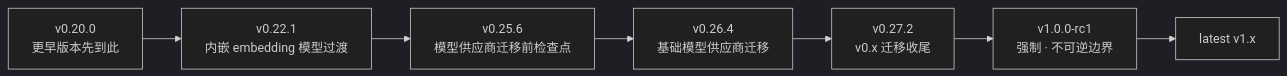
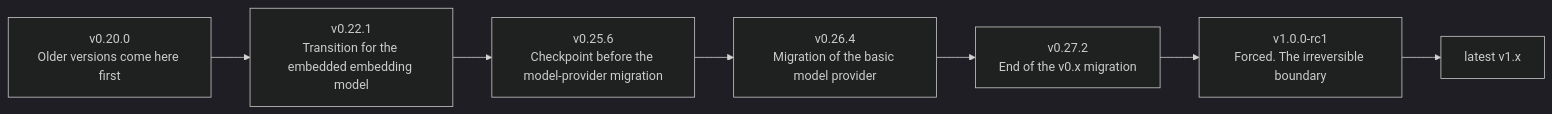
The second of 2 diagrams in books/ragflow/en/chapters/12-operations.md (ybak/ai-tutorial), drawn with Mermaid (dark theme) before and after one commit. The commit also changed other lines of this file and 16 other files, not shown here.

First line of the commit message:
docs(ragflow): 按审阅改英文图、注释和正文

````diff
--- a/books/ragflow/en/chapters/12-operations.md
+++ b/books/ragflow/en/chapters/12-operations.md
@@ -202,9 +202,9 @@
 ```mermaid
 flowchart LR
-    A["v0.20.0<br/>更早版本先到此"] --> B["v0.22.1<br/>内嵌 embedding 模型过渡"]
-    B --> C["v0.25.6<br/>模型供应商迁移前检查点"]
-    C --> D["v0.26.4<br/>基础模型供应商迁移"]
-    D --> E["v0.27.2<br/>v0.x 迁移收尾"]
-    E --> F["v1.0.0-rc1<br/>强制 · 不可逆边界"]
+    A["v0.20.0<br/>Older versions come here first"] --> B["v0.22.1<br/>Transition for the embedded embedding model"]
+    B --> C["v0.25.6<br/>Checkpoint before the model-provider migration"]
+    C --> D["v0.26.4<br/>Migration of the basic model provider"]
+    D --> E["v0.27.2<br/>End of the v0.x migration"]
+    E --> F["v1.0.0-rc1<br/>Forced. The irreversible boundary"]
     F --> G["latest v1.x"]
 ```
````
